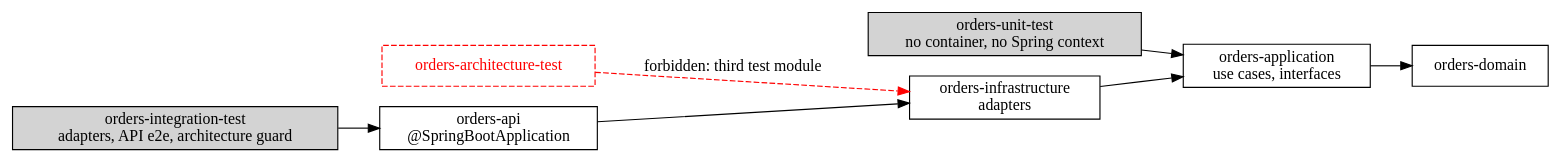
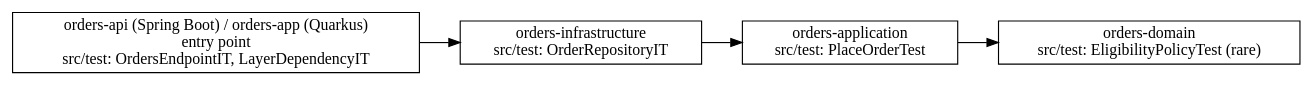
One commit to SebastienDegodez/skraft-plugin changed the diagram in plugins/skraft-framework/skills/clean-architecture-testing/references/examples-java.md. Above: the diagram before and after it, drawn with Graphviz. The commit also changed other lines of this file and 22 other files, not shown here.

First line of the commit message:
feat(engine): Java tests follow the Maven convention, Spring Boot and Quarkus

````diff
--- a/plugins/skraft-framework/skills/clean-architecture-testing/references/examples-java.md
+++ b/plugins/skraft-framework/skills/clean-architecture-testing/references/examples-java.md
@@ -5,18 +16,11 @@
 ```dot
 digraph maven_modules {
     rankdir=LR;
     node [shape=box];
-    api [label="orders-api\n@SpringBootApplication"];
-    infra [label="orders-infrastructure\nadapters"];
-    app [label="orders-application\nuse cases, interfaces"];
-    domain [label="orders-domain"];
-    unit [label="orders-unit-test\nno container, no Spring context", style=filled];
-    it [label="orders-integration-test\nadapters, API e2e, architecture guard", style=filled];
-    third [label="orders-architecture-test", style=dashed, fontcolor=red, color=red];
-
+    api [label="orders-api (Spring Boot) / orders-app (Quarkus)\nentry point\nsrc/test: OrdersEndpointIT, LayerDependencyIT"];
+    infra [label="orders-infrastructure\nsrc/test: OrderRepositoryIT"];
+    app [label="orders-application\nsrc/test: PlaceOrderTest"];
+    domain [label="orders-domain\nsrc/test: EligibilityPolicyTest (rare)"];
     api -> infra -> app -> domain;
-    unit -> app;
-    it -> api;
-    third -> infra [style=dashed, color=red, label="forbidden: third test module"];
 }
 ```
````
